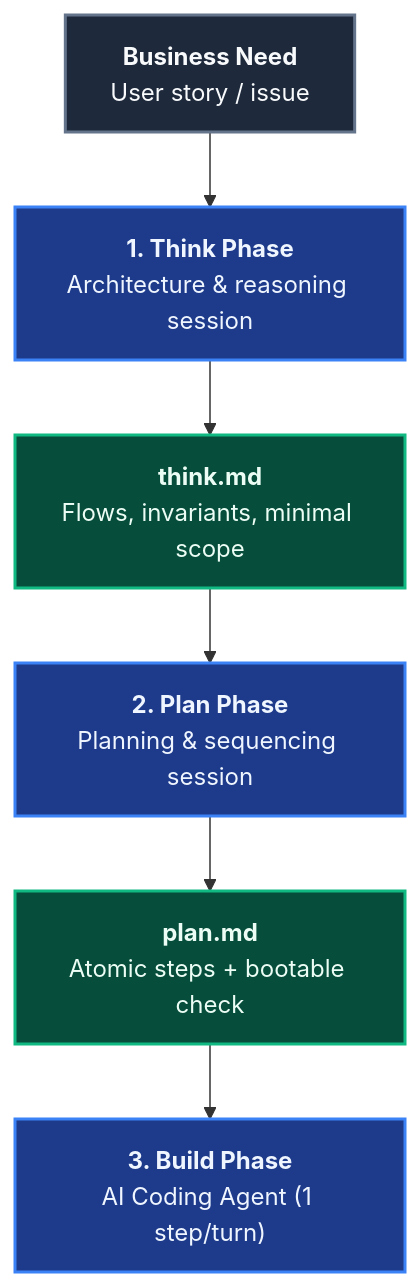
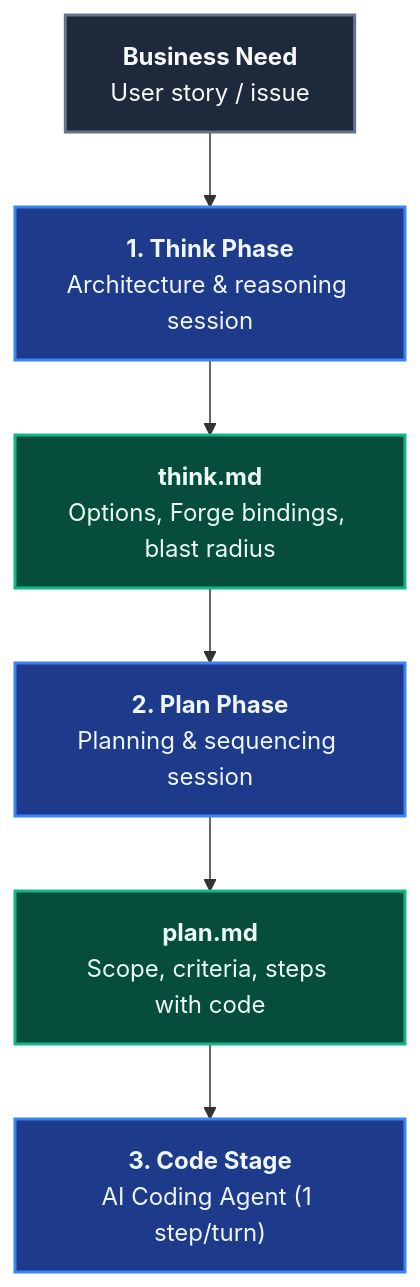
The fifth of 5 diagrams in website/docs/guide/persistent-context.md (ALTEN-group/coding-pal), drawn with Mermaid before and after one commit. The commit also changed other lines of this file and 219 other files, not shown here.

````diff
--- a/website/docs/guide/persistent-context.md
+++ b/website/docs/guide/persistent-context.md
@@ -251,19 +251,19 @@
 ```mermaid
 ---
-caption: Phased Specification Architecture (Think -> Plan -> Build)
+caption: Phased Specification Architecture (Think -> Plan -> Code)
 ---
 flowchart TD
     BN["<b>Business Need</b><br/>User story / issue"] --> T["<b>1. Think Phase</b><br/>Architecture & reasoning session"]
-    T --> TM["<b>think.md</b><br/>Flows, invariants, minimal scope"]
+    T --> TM["<b>think.md</b><br/>Options, Forge bindings, blast radius"]
     TM --> P["<b>2. Plan Phase</b><br/>Planning & sequencing session"]
-    P --> PM["<b>plan.md</b><br/>Atomic steps + bootable check"]
-    PM --> B["<b>3. Build Phase</b><br/>AI Coding Agent (1 step/turn)"]
+    P --> PM["<b>plan.md</b><br/>Scope, criteria, steps with code"]
+    PM --> B["<b>3. Code Stage</b><br/>AI Coding Agent (1 step/turn)"]
 
     classDef stage fill:#1e3a8a,stroke:#3b82f6,stroke-width:2px,color:#eff6ff;
     classDef artifact fill:#064e3b,stroke:#10b981,stroke-width:2px,color:#ecfdf5;
     classDef input fill:#1e293b,stroke:#64748b,stroke-width:2px,color:#f8fafc;
 
     class BN input;
     class T,P,B stage;
     class TM,PM artifact;
 ```
````
